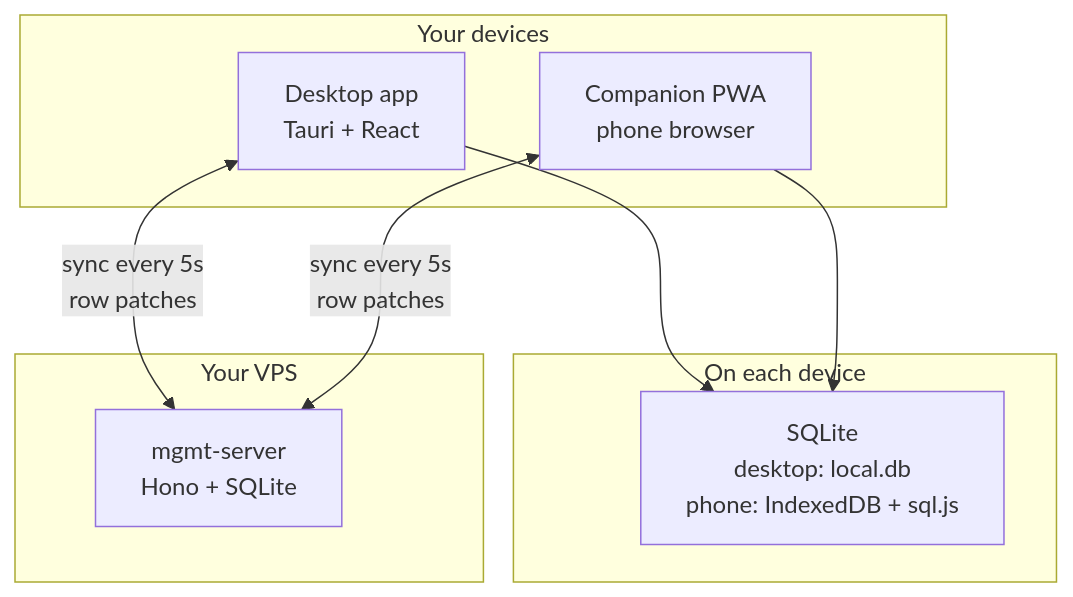
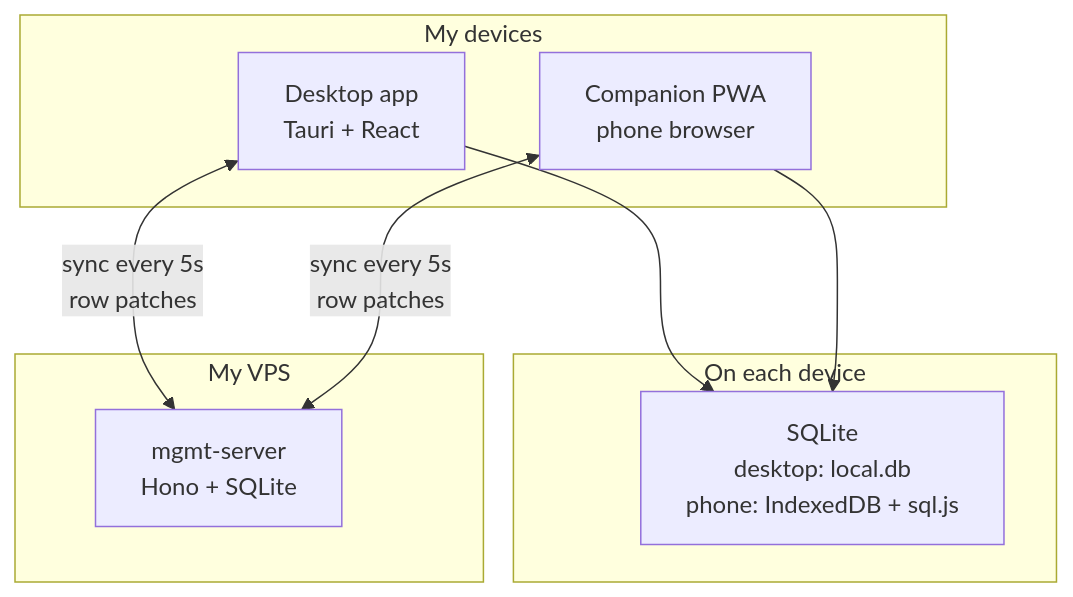
One commit to jdserenity/management changed the first of 4 diagrams in scaffold/ARCH-HUMAN.md. Above: the diagram before and after it, drawn with Mermaid. The commit also changed other lines of this file and 1 other file, not shown here.

````diff
--- a/scaffold/ARCH-HUMAN.md
+++ b/scaffold/ARCH-HUMAN.md
@@ -20,17 +7,17 @@
 ```mermaid
 flowchart TB
-  subgraph clients["Your devices"]
+  subgraph clients["My devices"]
     desk["Desktop app\nTauri + React"]
     phone["Companion PWA\nphone browser"]
   end
   subgraph local["On each device"]
     sqlite["SQLite\ndesktop: local.db\nphone: IndexedDB + sql.js"]
   end
-  subgraph server["Your VPS"]
+  subgraph server["My VPS"]
     api["mgmt-server\nHono + SQLite"]
   end
   desk --> sqlite
   phone --> sqlite
   desk <-->|"sync every 5s\nrow patches"| api
   phone <-->|"sync every 5s\nrow patches"| api
 ```
````
